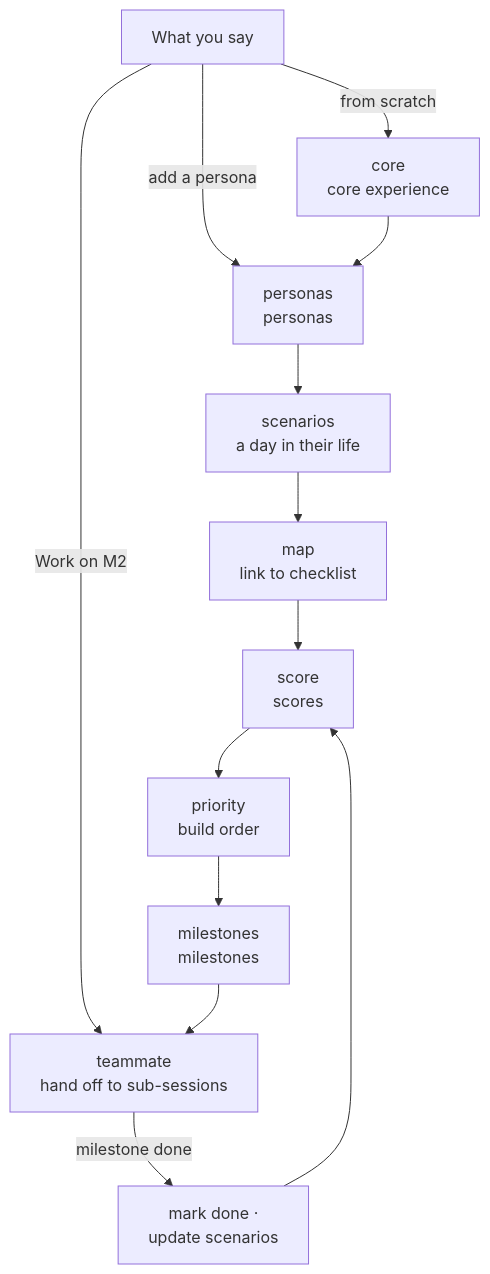
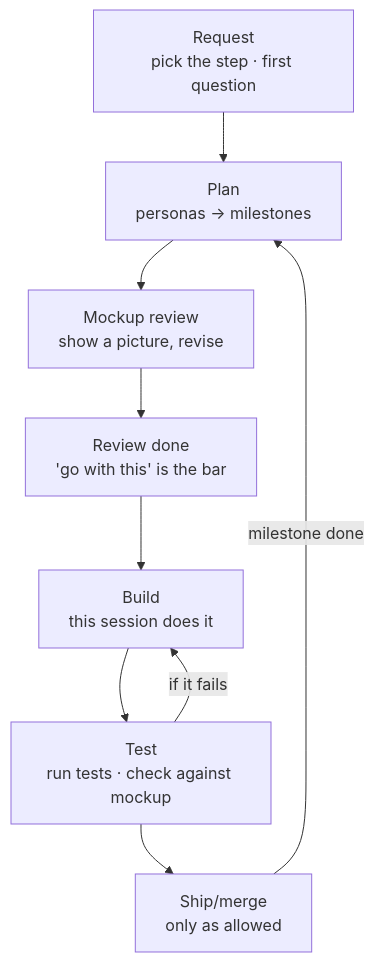
Before and after one commit to ff-1204/claude-haejo: the diagram in README.md, drawn with Mermaid. The commit also changed other lines of this file and 59 other files, not shown here.

````diff
--- a/README.md
+++ b/README.md
@@ -51,12 +56,11 @@
 ```mermaid
 flowchart TD
-  say["What you say"] -->|"from scratch"| core["core<br/>core experience"]
-  say -->|"add a persona"| personas
-  say -->|"Work on M2"| teammate
-  core --> personas["personas<br/>personas"] --> scenarios["scenarios<br/>a day in their life"]
-  scenarios --> map["map<br/>link to checklist"] --> score["score<br/>scores"]
-  score --> priority["priority<br/>build order"] --> milestones["milestones<br/>milestones"]
-  milestones --> teammate["teammate<br/>hand off to sub-sessions"]
-  teammate -->|"milestone done"| update["mark done ·<br/>update scenarios"]
-  update --> score
+  ask["Request<br/>pick the step · first question"] --> plan["Plan<br/>personas → milestones"]
+  plan --> mock["Mockup review<br/>show a picture, revise"]
+  mock --> ok["Review done<br/>'go with this' is the bar"]
+  ok --> dev["Build<br/>this session does it"]
+  dev --> test["Test<br/>run tests · check against mockup"]
+  test -->|"if it fails"| dev
+  test --> ship["Ship/merge<br/>only as allowed"]
+  ship -->|"milestone done"| plan
 ```
````
